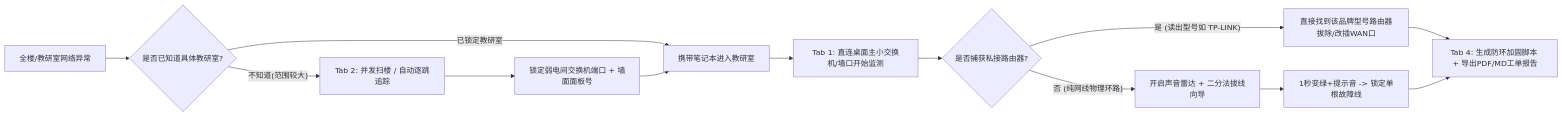
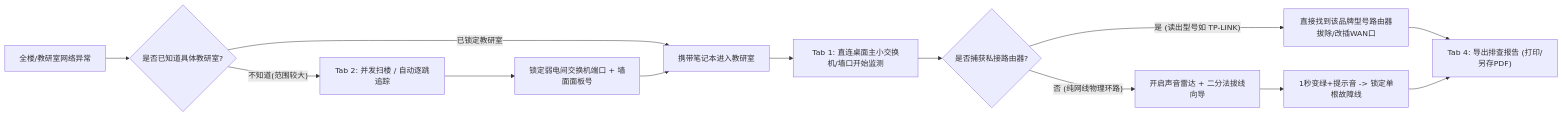
The diagram in docs/使用手册.md (AtomBoyC/campus-loopfinder), drawn with Mermaid before and after one commit. The commit also changed other lines of this file and 19 other files, not shown here.

````diff
--- a/docs/使用手册.md
+++ b/docs/使用手册.md
@@ -35,15 +35,15 @@
 ```mermaid
 flowchart LR
     A["全楼/教研室网络异常"] --> B{"是否已知道具体教研室?"}
     B -- "不知道(范围较大)" --> C["Tab 2: 并发扫楼 / 自动逐跳追踪"]
     C --> D["锁定弱电间交换机端口 + 墙面面板号"]
     B -- "已锁定教研室" --> E["携带笔记本进入教研室"]
     D --> E
     E --> F["Tab 1: 直连桌面主小交换机/墙口开始监测"]
     F --> G{"是否捕获私接路由器?"}
     G -- "是 (读出型号如 TP-LINK)" --> H["直接找到该品牌型号路由器拔除/改插WAN口"]
     G -- "否 (纯网线物理环路)" --> I["开启声音雷达 + 二分法拔线向导"]
     I --> J["1秒变绿+提示音 -> 锁定单根故障线"]
-    H --> K["Tab 4: 生成防环加固脚本 + 导出PDF/MD工单报告"]
+    H --> K["Tab 4: 导出排查报告 (打印/另存PDF)"]
     J --> K
 ```
````
